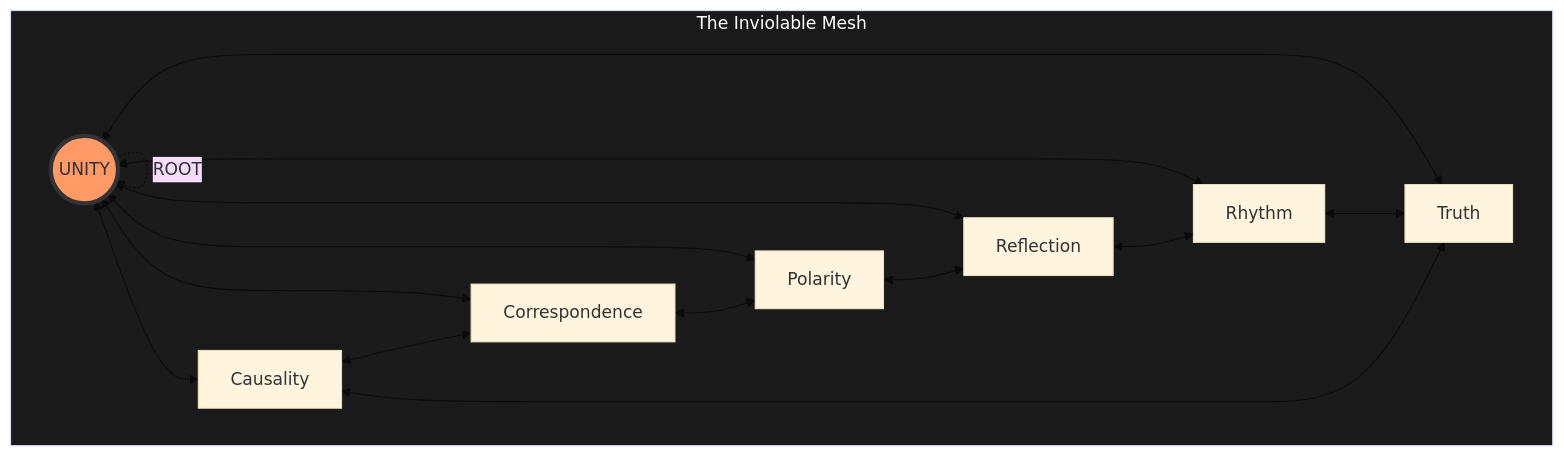
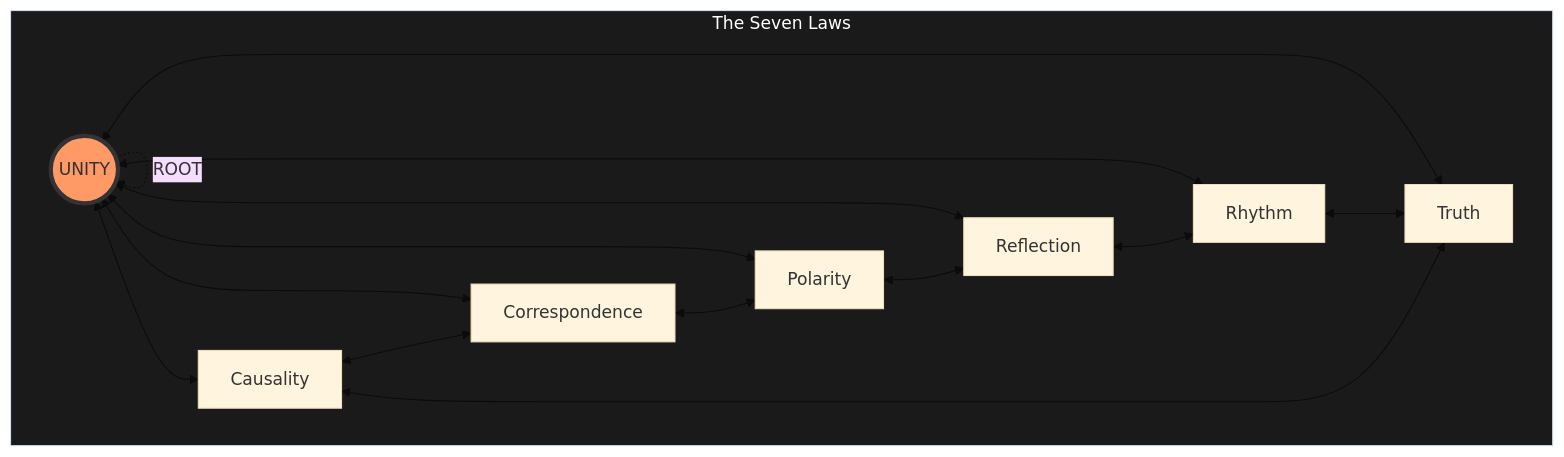
One commit to roundtable-love/reality changed the diagram in README.md. Above: the diagram before and after it, drawn with Mermaid (base theme). The commit also changed other lines of this file and 14 other files, not shown here.

````diff
--- a/README.md
+++ b/README.md
@@ -65,24 +63,24 @@
 ```mermaid
 graph TD
-    subgraph REALITY_SUBSTRATE [The Inviolable Mesh]
+    subgraph REALITY [The Seven Laws]
         UN((UNITY)) <--> CE[Causality]
         UN <--> CO[Correspondence]
         UN <--> PO[Polarity]
         UN <--> RE[Reflection]
         UN <--> RH[Rhythm]
         UN <--> TR[Truth]
 
         CE <--> CO
         CO <--> PO
         PO <--> RE
         RE <--> RH
         RH <--> TR
         TR <--> CE
 
         %% Recursive Self-Reference
         UN -.->|ROOT| UN
     end
 
     style UN fill:#f96,stroke:#333,stroke-width:4px
-    style REALITY_SUBSTRATE fill:#1a1a1a,color:#fff
+    style REALITY fill:#1a1a1a,color:#fff
 ```
````
